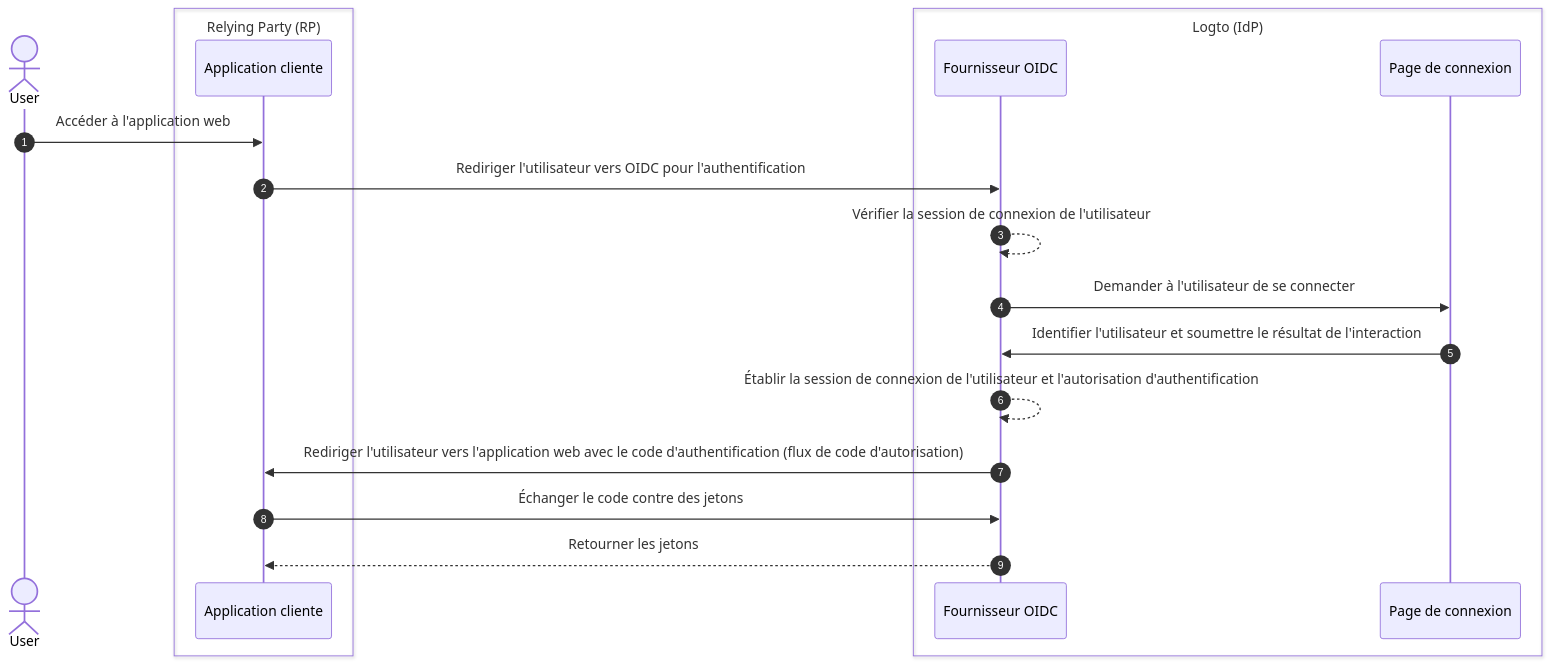
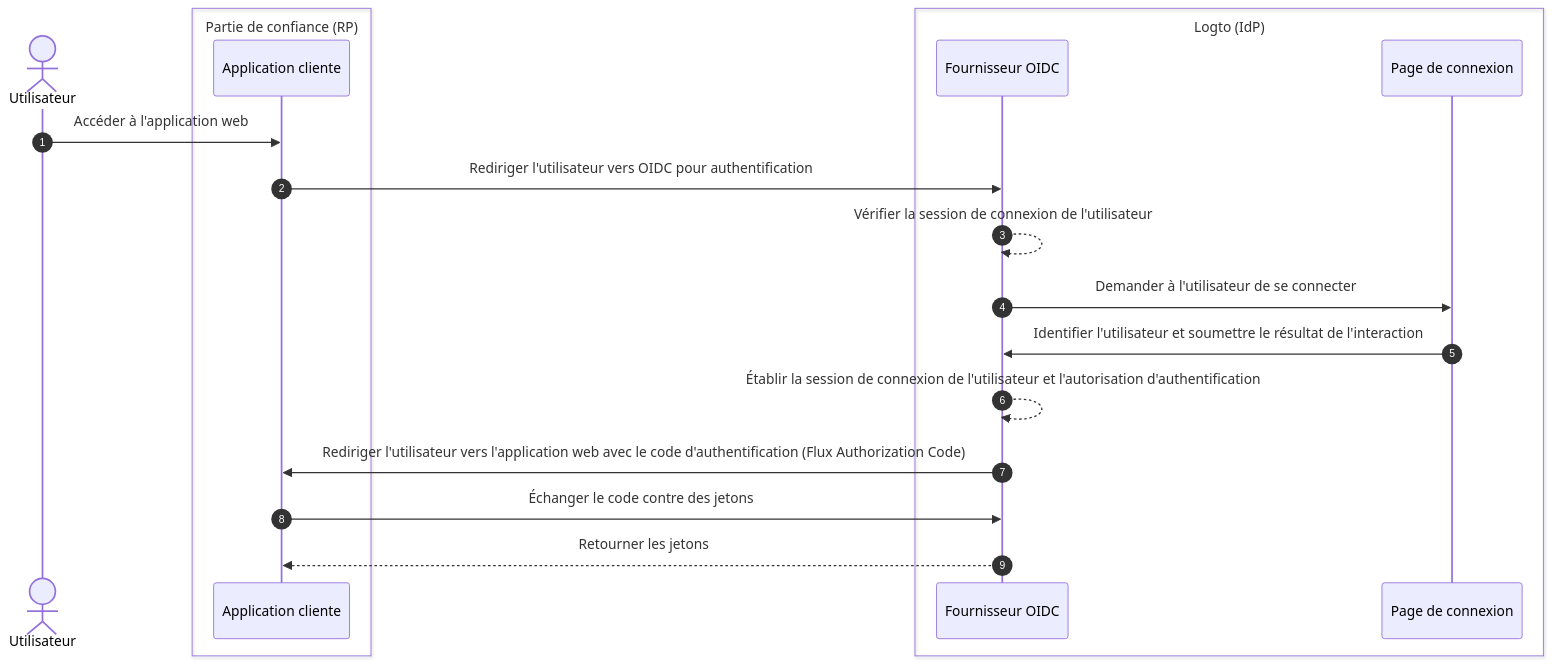
Before and after one commit to logto-io/docs: the first of 3 diagrams in i18n/fr/docusaurus-plugin-content-docs/current/end-user-flows/sign-out.mdx, drawn with Mermaid. The commit also changed other lines of this file and 162 other files, not shown here.

````diff
--- a/i18n/fr/docusaurus-plugin-content-docs/current/end-user-flows/sign-out.mdx
+++ b/i18n/fr/docusaurus-plugin-content-docs/current/end-user-flows/sign-out.mdx
@@ -13,24 +13,24 @@
 ```mermaid
   sequenceDiagram
     autonumber
-    actor User
+    actor Utilisateur
 
-    box Relying Party (RP)
+    box Partie de confiance (RP)
       participant Client as Application cliente
     end
 
     box Logto (IdP)
       participant OIDC as Fournisseur OIDC
       participant SignIn as Page de connexion
     end
 
-    User ->> Client: Accéder à l'application web
-    Client ->> OIDC: Rediriger l'utilisateur vers OIDC pour l'authentification
+    Utilisateur ->> Client: Accéder à l'application web
+    Client ->> OIDC: Rediriger l'utilisateur vers OIDC pour authentification
     OIDC -->> OIDC: Vérifier la session de connexion de l'utilisateur
     OIDC ->> SignIn: Demander à l'utilisateur de se connecter
     SignIn ->> OIDC: Identifier l'utilisateur et soumettre le résultat de l'interaction
     OIDC -->> OIDC: Établir la session de connexion de l'utilisateur et l'autorisation d'authentification
-    OIDC ->> Client: Rediriger l'utilisateur vers l'application web avec le code d'authentification (flux de code d'autorisation)
+    OIDC ->> Client: Rediriger l'utilisateur vers l'application web avec le code d'authentification (Flux Authorization Code)
     Client ->> OIDC: Échanger le code contre des jetons
     OIDC -->> Client: Retourner les jetons
 ```
````
